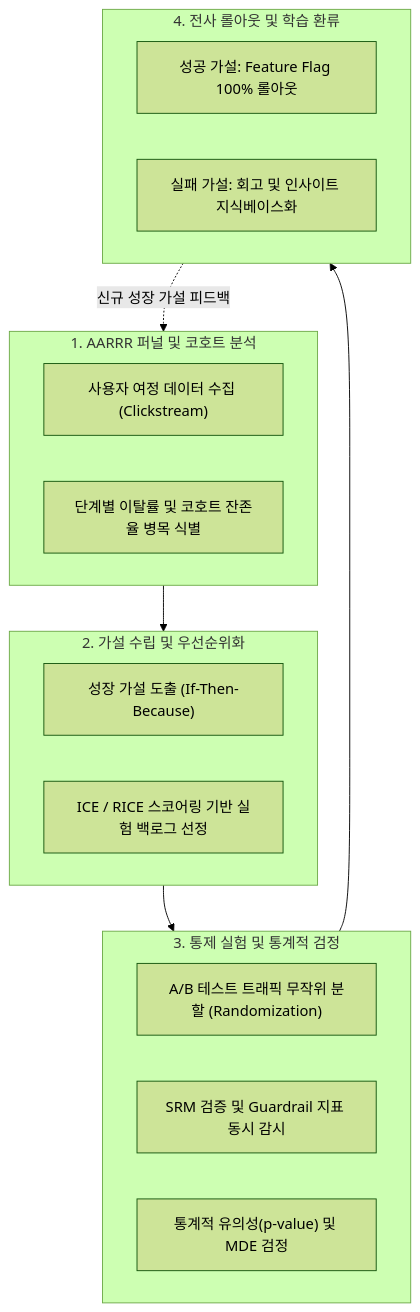
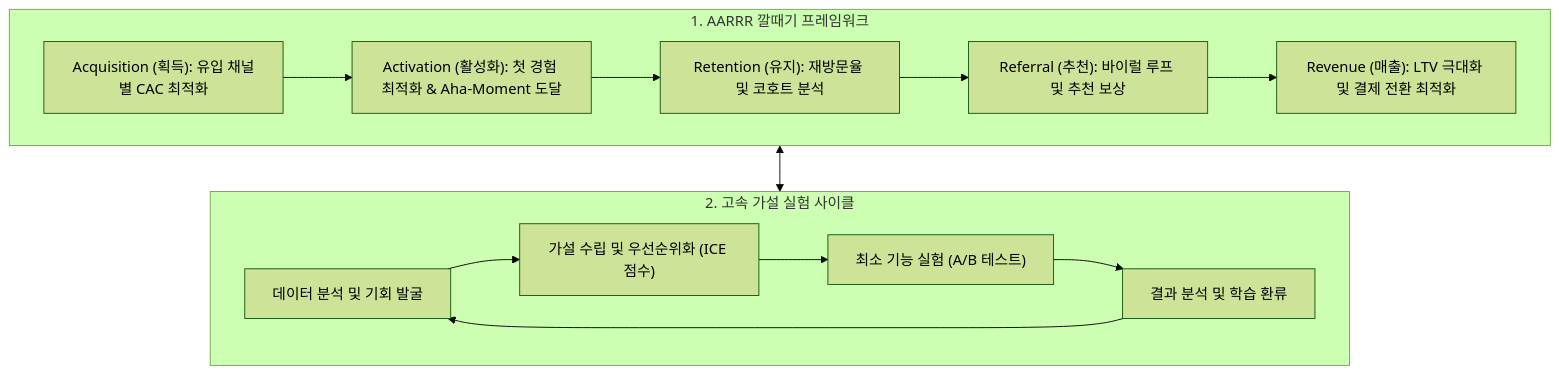
One commit to agnusdei1207/study changed the fourth of 5 diagrams in src/content/docs/notes/itpe/01-it-strategy/046_growth_hacking.md. Above: the diagram before and after it, drawn with Mermaid (forest theme). The commit also changed other lines of this file and 80 other files, not shown here.

````diff
--- a/src/content/docs/notes/itpe/01-it-strategy/046_growth_hacking.md
+++ b/src/content/docs/notes/itpe/01-it-strategy/046_growth_hacking.md
@@ -116,25 +119,20 @@
 ```mermaid
 flowchart TD
-    subgraph Funnel["1. AARRR 퍼널 및 코호트 분석"]
-        F1["사용자 여정 데이터 수집 (Clickstream)"]
-        F2["단계별 이탈률 및 코호트 잔존율 병목 식별"]
+    subgraph Funnel["1. AARRR 깔때기 프레임워크"]
+        A1["Acquisition (획득): 유입 채널별 CAC 최적화"]
+        A2["Activation (활성화): 첫 경험 최적화 & Aha-Moment 도달"]
+        A3["Retention (유지): 재방문율 및 코호트 분석"]
+        A4["Referral (추천): 바이럴 루프 및 추천 보상"]
+        A5["Revenue (매출): LTV 극대화 및 결제 전환 최적화"]
+        A1 --> A2 --> A3 --> A4 --> A5
     end
-    subgraph Hypothesis["2. 가설 수립 및 우선순위화"]
-        H1["성장 가설 도출 (If-Then-Because)"]
-        H2["ICE / RICE 스코어링 기반 실험 백로그 선정"]
-    end
-    subgraph Experiment["3. 통제 실험 및 통계적 검정"]
-        E1["A/B 테스트 트래픽 무작위 분할 (Randomization)"]
-        E2["SRM 검증 및 Guardrail 지표 동시 감시"]
-        E3["통계적 유의성(p-value) 및 MDE 검정"]
-    end
-    subgraph Loop["4. 전사 롤아웃 및 학습 환류"]
-        L1["성공 가설: Feature Flag 100% 롤아웃"]
-        L2["실패 가설: 회고 및 인사이트 지식베이스화"]
+    subgraph GrowthLoop["2. 고속 가설 실험 사이클"]
+        L1["데이터 분석 및 기회 발굴"]
+        L2["가설 수립 및 우선순위화 (ICE 점수)"]
+        L3["최소 기능 실험 (A/B 테스트)"]
+        L4["결과 분석 및 학습 환류"]
+        L1 --> L2 --> L3 --> L4 --> L1
     end
 
-    Funnel --> Hypothesis
-    Hypothesis --> Experiment
-    Experiment --> Loop
-    Loop -.->|신규 성장 가설 피드백| Funnel
+    Funnel <--> GrowthLoop
 ```
````
